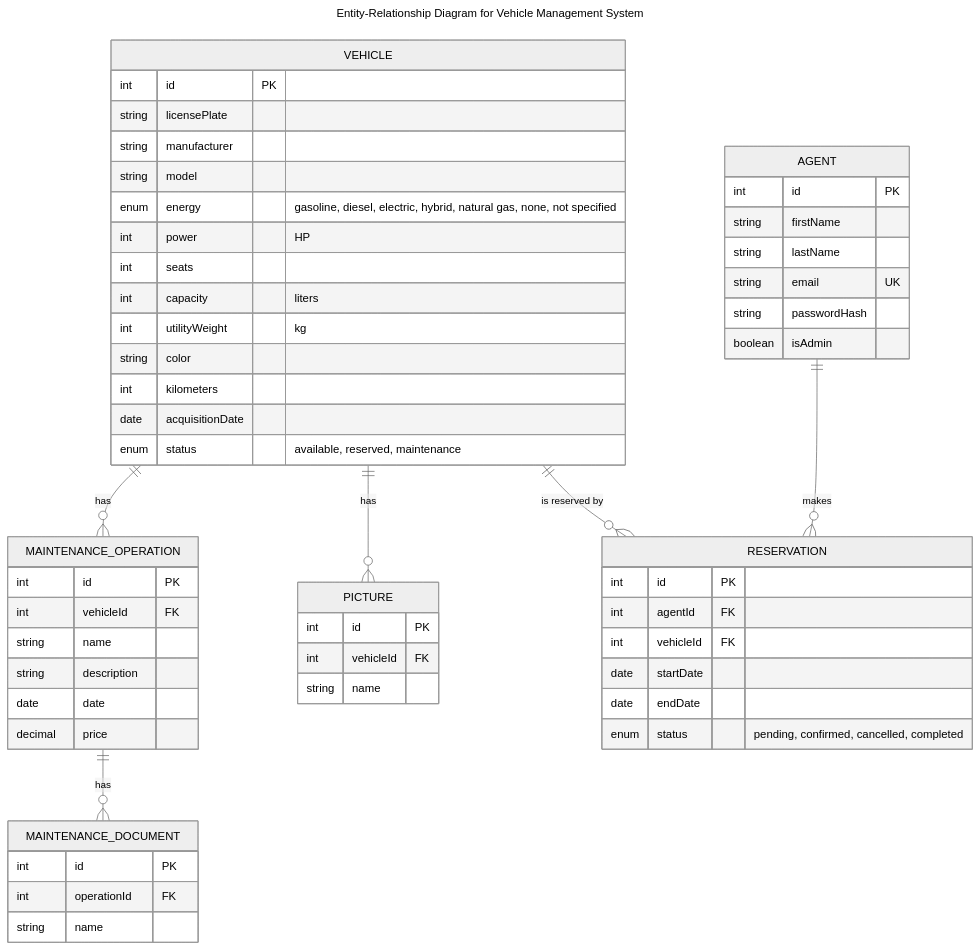
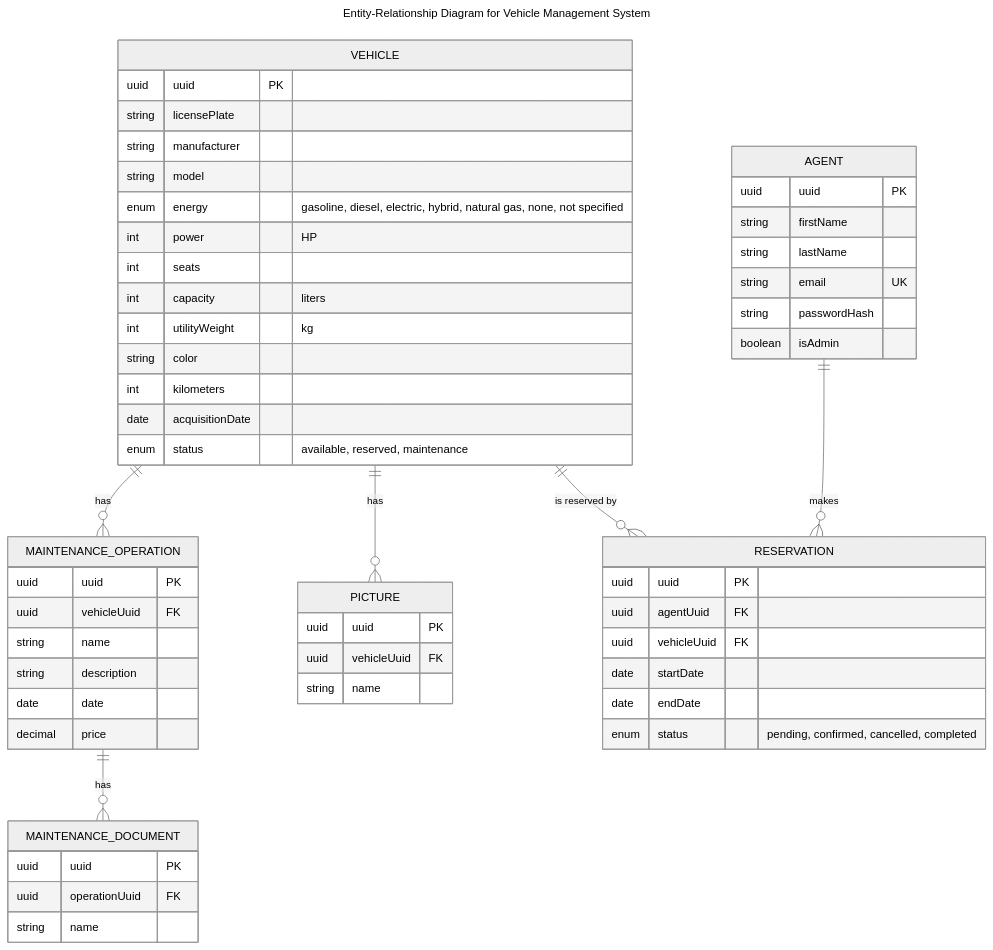
Before and after one commit to NathanFerry/wherethecar: the diagram in docs/domain/er-diagram.md, drawn with Mermaid (neutral theme).

Commit message:
Changed id to uuid in diagram

````diff
--- a/docs/domain/er-diagram.md
+++ b/docs/domain/er-diagram.md
@@ -1,66 +1,66 @@
 ```mermaid
 ---
 title: Entity-Relationship Diagram for Vehicle Management System
 ---
 erDiagram
     VEHICLE ||--o{ MAINTENANCE_OPERATION : has
     VEHICLE ||--o{ PICTURE : has
     VEHICLE ||--o{ RESERVATION : "is reserved by"
     MAINTENANCE_OPERATION ||--o{ MAINTENANCE_DOCUMENT : has
     AGENT ||--o{ RESERVATION : makes
     
     VEHICLE {
-        int id PK
+        uuid uuid PK
         string licensePlate
         string manufacturer
         string model
         enum energy "gasoline, diesel, electric, hybrid, natural gas, none, not specified"
         int power "HP"
         int seats
         int capacity "liters"
         int utilityWeight "kg"
         string color
         int kilometers
         date acquisitionDate
         enum status "available, reserved, maintenance"
     }
     
     PICTURE {
-        int id PK
-        int vehicleId FK
+        uuid uuid PK
+        uuid vehicleUuid FK
         string name
     }
     
     MAINTENANCE_OPERATION {
-        int id PK
-        int vehicleId FK
+        uuid uuid PK
+        uuid vehicleUuid FK
         string name
         string description
         date date
         decimal price
     }
     
     MAINTENANCE_DOCUMENT {
-        int id PK
-        int operationId FK
+        uuid uuid PK
+        uuid operationUuid FK
         string name
     }
     
     AGENT {
-        int id PK
+        uuid uuid PK
         string firstName
         string lastName
         string email UK
         string passwordHash
         boolean isAdmin
     }
     
     RESERVATION {
-        int id PK
-        int agentId FK
-        int vehicleId FK
+        uuid uuid PK
+        uuid agentUuid FK
+        uuid vehicleUuid FK
         date startDate
         date endDate
         enum status "pending, confirmed, cancelled, completed"
     }
 ```
````
